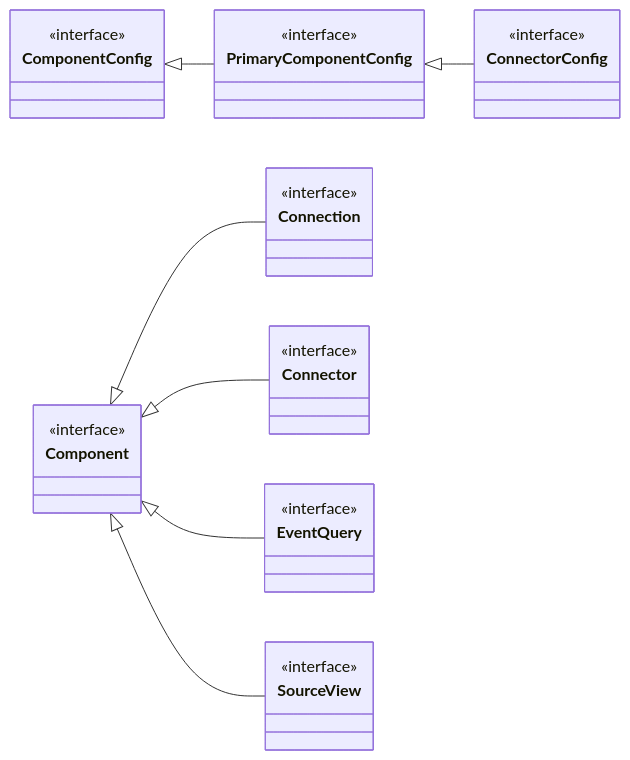
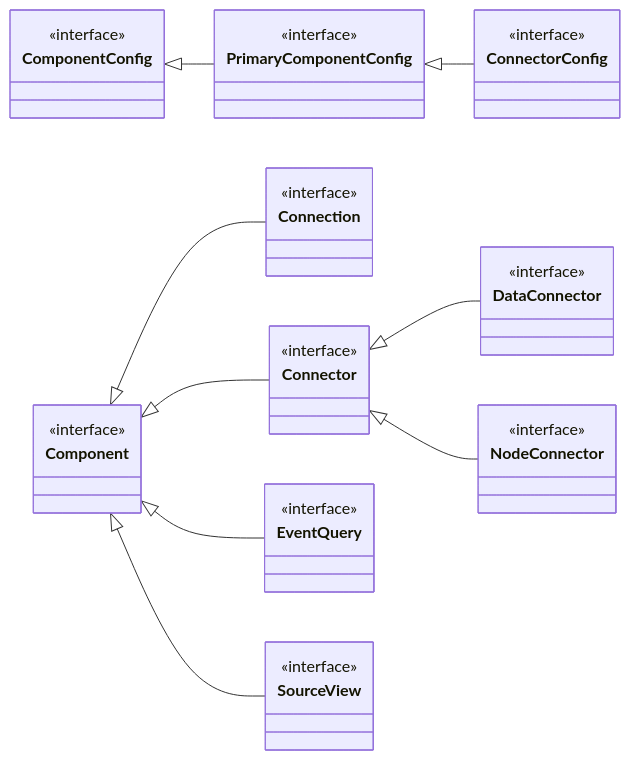
Before and after one commit to data-positioning/datapos-shared: the first of 9 diagrams in README.md, drawn with Mermaid. The commit also changed 1 other file, not shown here.

Commit message:
Release v0.0.44

````diff
--- a/README.md
+++ b/README.md
@@ -5,45 +5,56 @@
 ```mermaid
 classDiagram
     direction LR
 
     class ComponentConfig {
         <<interface>>
     }
 
     ComponentConfig <|-- PrimaryComponentConfig
 
     class PrimaryComponentConfig {
         <<interface>>
     }
 
     PrimaryComponentConfig <|-- ConnectorConfig
 
     class ConnectorConfig {
         <<interface>>
     }
 
     class Component {
         <<interface>>
     }
 
     Component <|-- Connection
     Component <|-- Connector
     Component <|-- EventQuery
     Component <|-- SourceView
 
     class Connection {
         <<interface>>
     }
 
     class Connector {
         <<interface>>
     }
 
+    Connector <|-- DataConnector
+    Connector <|-- NodeConnector
+
+    class DataConnector {
+        <<interface>>
+    }
+
+    class NodeConnector {
+        <<interface>>
+   }
+
     class EventQuery {
         <<interface>>
     }
 
     class SourceView {
         <<interface>>
     }
 ```
````
